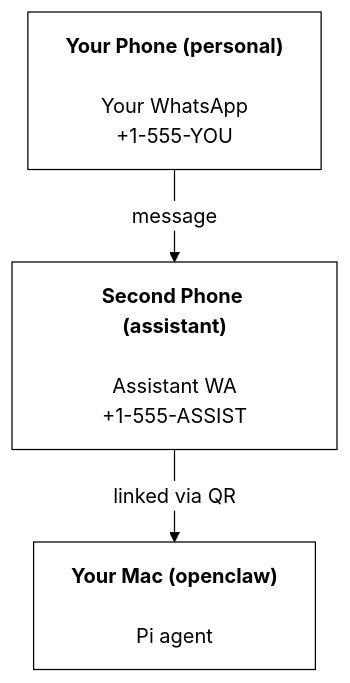
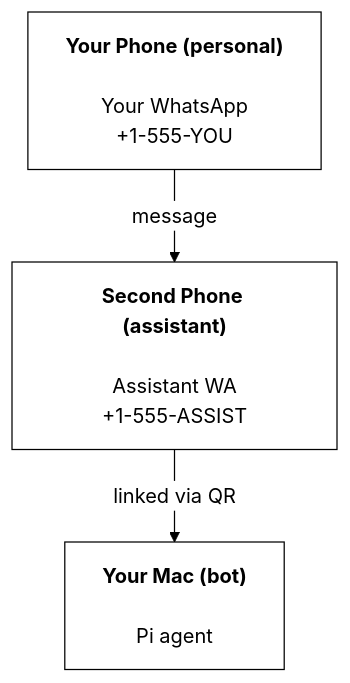
The diagram in docs/start/openclaw.md (hanzoai/bot), drawn with Mermaid before and after one commit. The commit also changed other lines of this file and 3134 other files, not shown here.

````diff
--- a/docs/start/openclaw.md
+++ b/docs/start/openclaw.md
@@ -36,21 +36,21 @@
 ```mermaid
 %%{init: {
   'theme': 'base',
   'themeVariables': {
     'primaryColor': '#ffffff',
     'primaryTextColor': '#000000',
     'primaryBorderColor': '#000000',
     'lineColor': '#000000',
     'secondaryColor': '#f9f9fb',
     'tertiaryColor': '#ffffff',
     'clusterBkg': '#f9f9fb',
     'clusterBorder': '#000000',
     'nodeBorder': '#000000',
     'mainBkg': '#ffffff',
     'edgeLabelBackground': '#ffffff'
   }
 }}%%
 flowchart TB
     A["<b>Your Phone (personal)<br></b><br>Your WhatsApp<br>+1-555-YOU"] -- message --> B["<b>Second Phone (assistant)<br></b><br>Assistant WA<br>+1-555-ASSIST"]
-    B -- linked via QR --> C["<b>Your Mac (openclaw)<br></b><br>Pi agent"]
+    B -- linked via QR --> C["<b>Your Mac (bot)<br></b><br>Pi agent"]
 ```
````
